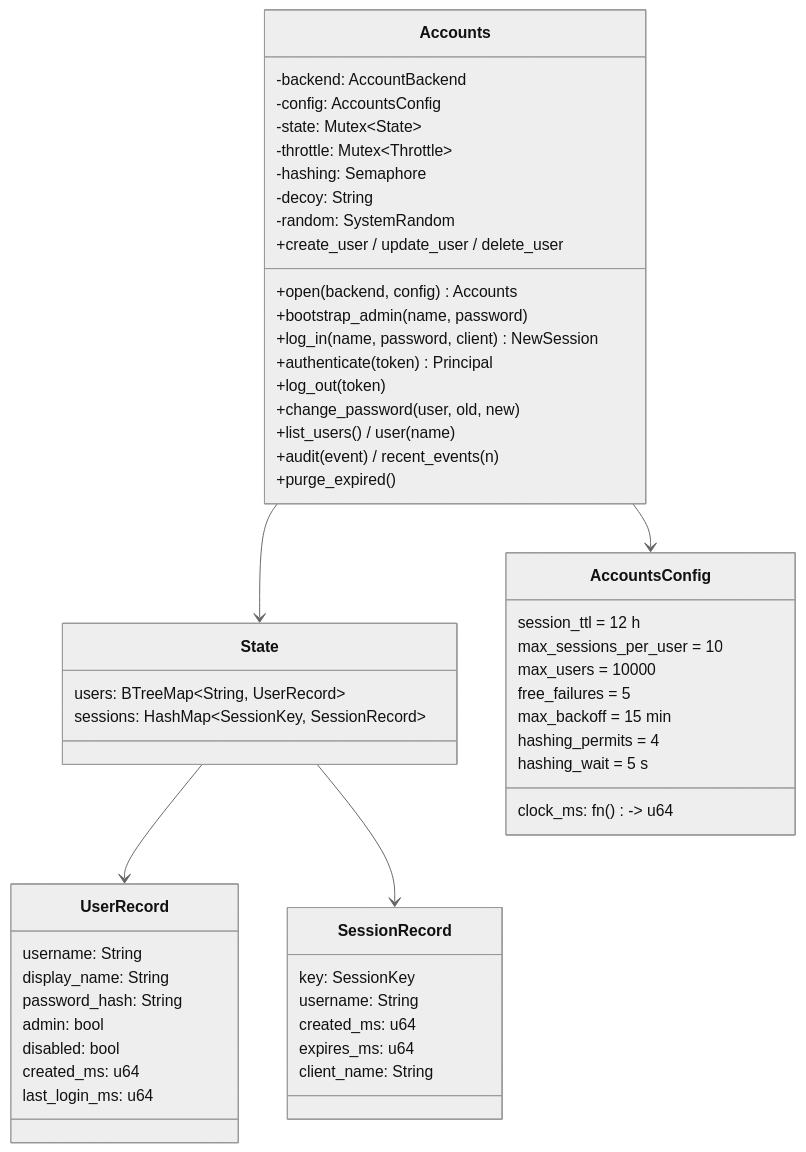
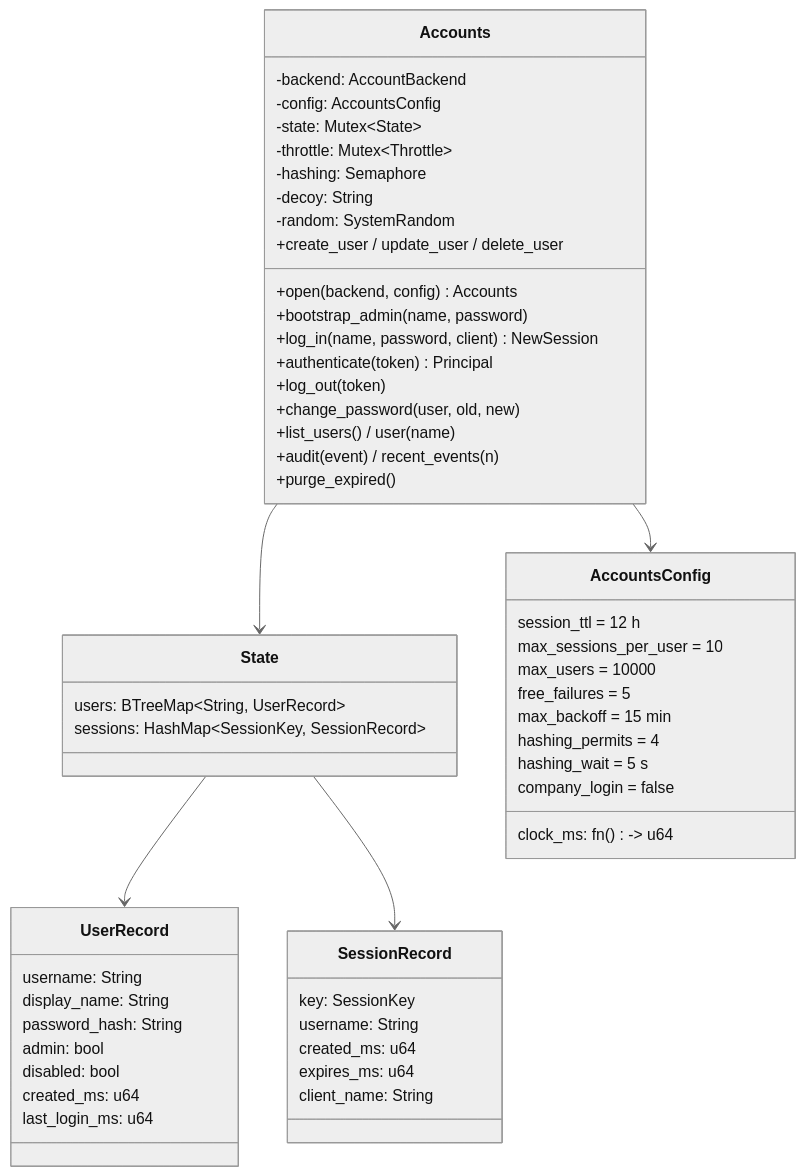
Before and after one commit to eNipu/AegisTARA: diagram 17 of 20 in docs/architecture.md, drawn with Mermaid (neutral theme). The commit also changed other lines of this file and 27 other files, not shown here.

````diff
--- a/docs/architecture.md
+++ b/docs/architecture.md
@@ -1352,56 +1353,57 @@
 ```mermaid
 classDiagram
     class Accounts {
         -backend: AccountBackend
         -config: AccountsConfig
         -state: Mutex~State~
         -throttle: Mutex~Throttle~
         -hashing: Semaphore
         -decoy: String
         -random: SystemRandom
         +open(backend, config) Accounts
         +bootstrap_admin(name, password)
         +log_in(name, password, client) NewSession
         +authenticate(token) Principal
         +log_out(token)
         +change_password(user, old, new)
         +list_users() / user(name)
         +create_user / update_user / delete_user
         +audit(event) / recent_events(n)
         +purge_expired()
     }
     class State {
         users: BTreeMap~String, UserRecord~
         sessions: HashMap~SessionKey, SessionRecord~
     }
     class UserRecord {
         username: String
         display_name: String
         password_hash: String
         admin: bool
         disabled: bool
         created_ms: u64
         last_login_ms: u64
     }
     class SessionRecord {
         key: SessionKey
         username: String
         created_ms: u64
         expires_ms: u64
         client_name: String
     }
     class AccountsConfig {
         session_ttl = 12 h
         max_sessions_per_user = 10
         max_users = 10000
         free_failures = 5
         max_backoff = 15 min
         hashing_permits = 4
         hashing_wait = 5 s
         clock_ms: fn() -> u64
+        company_login = false
     }
     Accounts --> State
     Accounts --> AccountsConfig
     State --> UserRecord
     State --> SessionRecord
 ```
````
